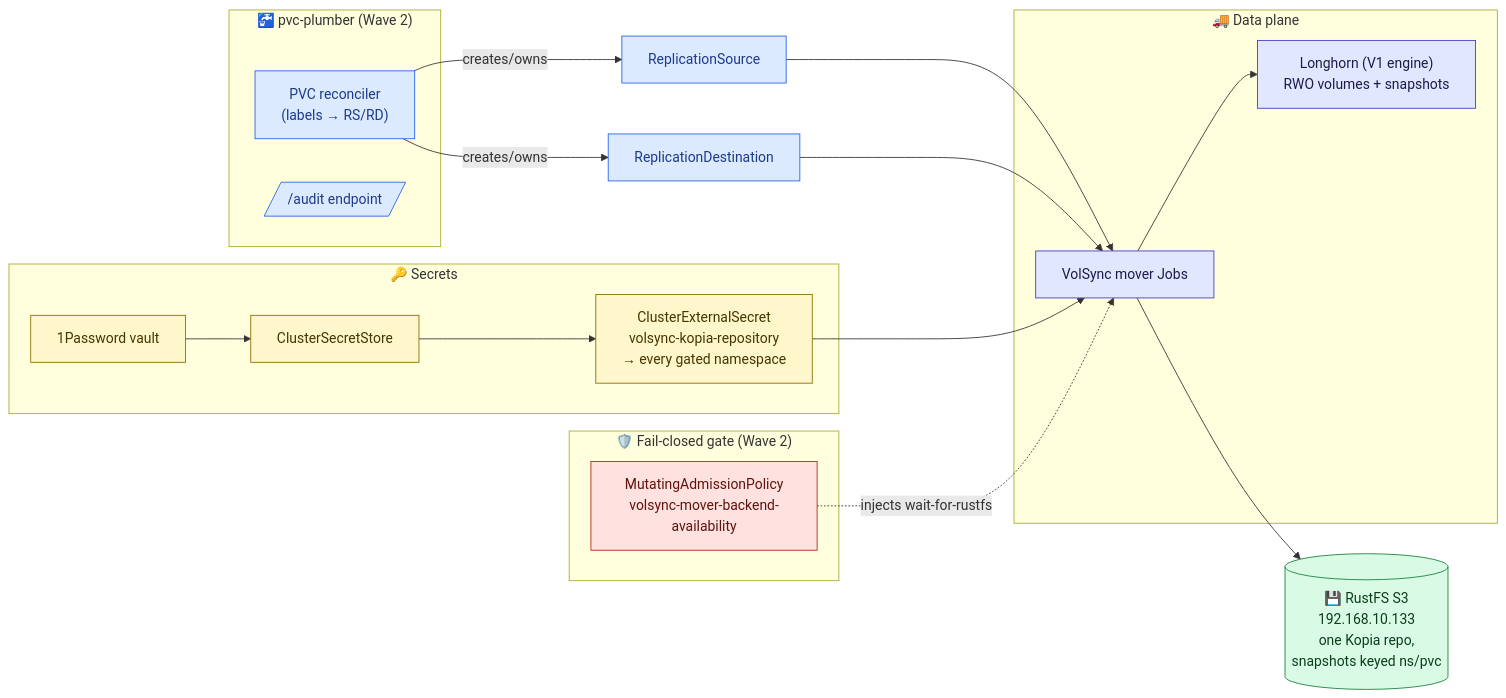
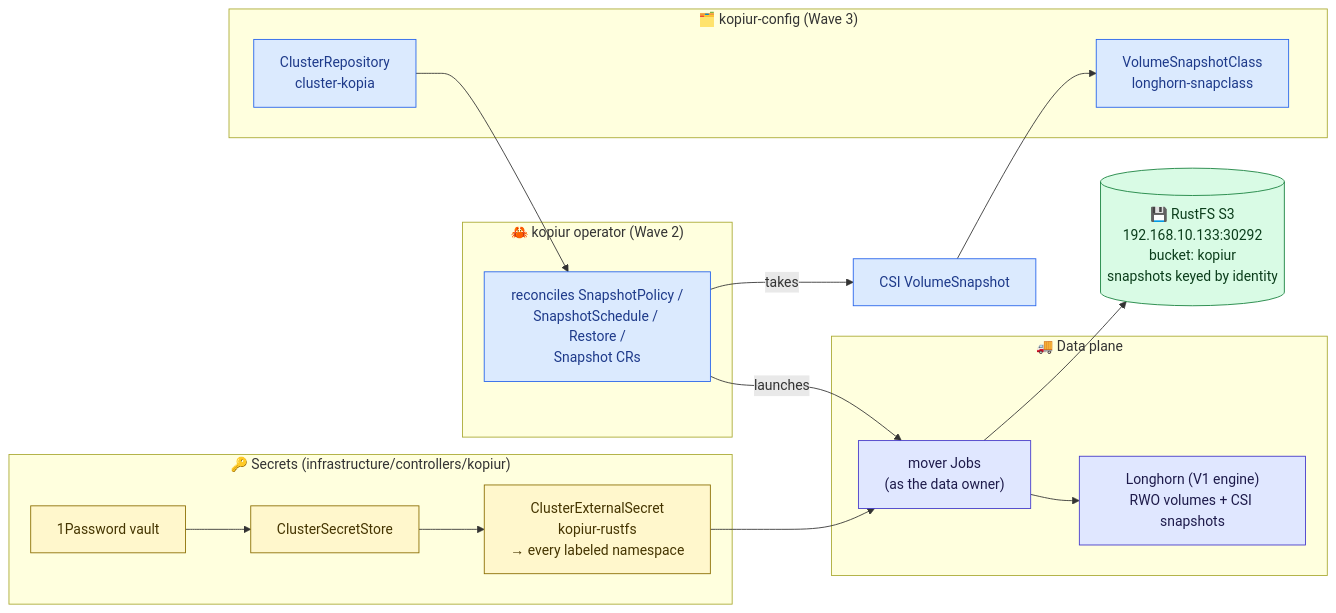
One commit to mitchross/talos-argocd-proxmox changed the fourth of 5 diagrams in docs/storage-architecture.md. Above: the diagram before and after it, drawn with Mermaid. The commit also changed other lines of this file, not shown here.

````diff
--- a/docs/storage-architecture.md
+++ b/docs/storage-architecture.md
@@ -321,38 +363,35 @@
 ```mermaid
 flowchart LR
-    subgraph Secrets["🔑 Secrets"]
-      OP1[1Password vault] --> CSS[ClusterSecretStore] --> CES["ClusterExternalSecret<br/>volsync-kopia-repository<br/>→ every gated namespace"]
+    subgraph Secrets["🔑 Secrets (infrastructure/controllers/kopiur)"]
+      OP1[1Password vault] --> CSS[ClusterSecretStore] --> CES["ClusterExternalSecret<br/>kopiur-rustfs<br/>→ every labeled namespace"]
     end
-    subgraph Operator["🚰 pvc-plumber (Wave 2)"]
-      REC["PVC reconciler<br/>(labels → RS/RD)"]
-      AUD[/"/audit endpoint"/]
+    subgraph Operator["🦀 kopiur operator (Wave 2)"]
+      REC["reconciles SnapshotPolicy /<br/>SnapshotSchedule / Restore /<br/>Snapshot CRs"]
     end
-    subgraph Gate["🛡️ Fail-closed gate (Wave 2)"]
-      MAP["MutatingAdmissionPolicy<br/>volsync-mover-backend-availability"]
+    subgraph Config["🗂️ kopiur-config (Wave 3)"]
+      CR["ClusterRepository<br/>cluster-kopia"]
+      VSC["VolumeSnapshotClass<br/>longhorn-snapclass"]
     end
     subgraph Data["🚚 Data plane"]
-      LH["Longhorn (V1 engine)<br/>RWO volumes + snapshots"]
-      VS["VolSync mover Jobs"]
+      LH["Longhorn (V1 engine)<br/>RWO volumes + CSI snapshots"]
+      MV["mover Jobs<br/>(as the data owner)"]
     end
-    S3[("💾 RustFS S3<br/>192.168.10.133<br/>one Kopia repo,<br/>snapshots keyed ns/pvc")]
+    S3[("💾 RustFS S3<br/>192.168.10.133:30292<br/>bucket: kopiur<br/>snapshots keyed by identity")]
 
-    REC -- creates/owns --> RS[ReplicationSource]
-    REC -- creates/owns --> RD[ReplicationDestination]
-    RS --> VS
-    RD --> VS
-    CES --> VS
-    MAP -. injects wait-for-rustfs .-> VS
-    VS --> LH
-    VS --> S3
+    REC -- takes --> SN[CSI VolumeSnapshot]
+    SN --> VSC
+    REC -- launches --> MV
+    CR --> REC
+    CES --> MV
+    MV --> LH
+    MV --> S3
 
     classDef secret fill:#fff7cc,stroke:#8a6d00,color:#453500;
-    classDef admit fill:#ffe1df,stroke:#b42318,color:#5f130d;
     classDef own fill:#dbeafe,stroke:#2563eb,color:#1e3a8a;
     classDef data fill:#e0e7ff,stroke:#4338ca,color:#1e1b4b;
     classDef store fill:#d9fbe5,stroke:#16803c,color:#0b3d1b;
     class OP1,CSS,CES secret;
-    class MAP admit;
-    class REC,AUD,RS,RD own;
-    class LH,VS data;
+    class REC,CR,VSC,SN own;
+    class LH,MV data;
     class S3 store;
 ```
````
